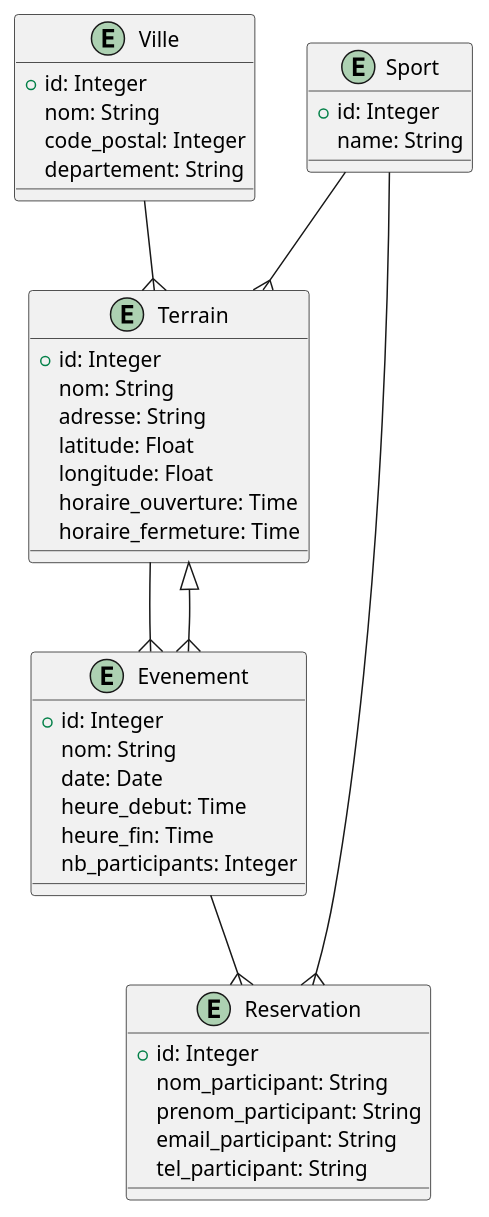
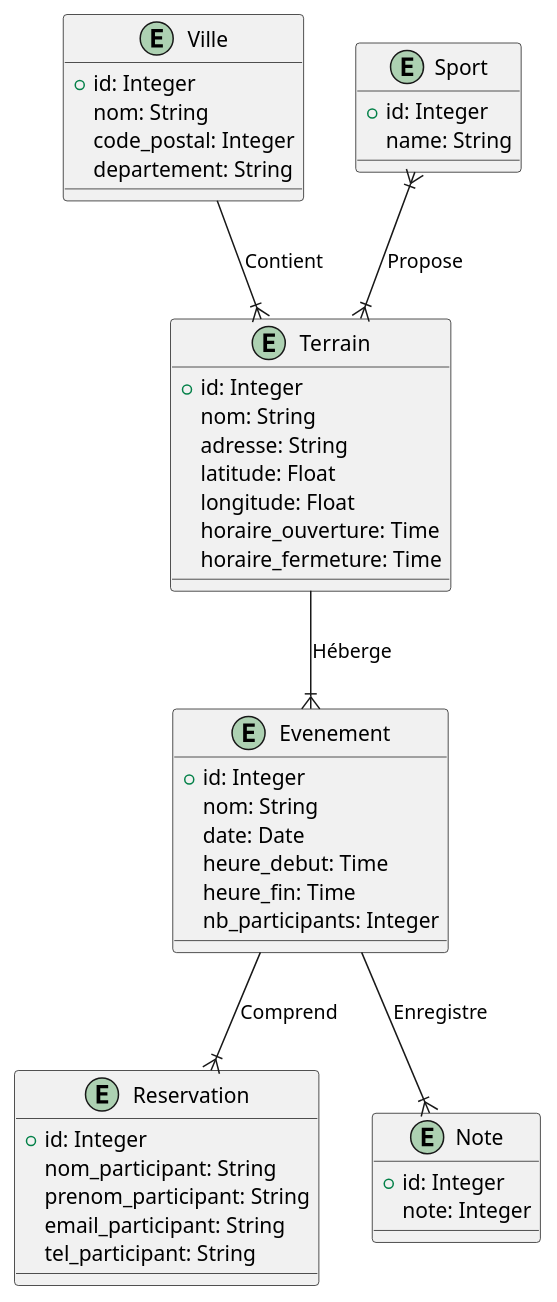
Before and after one commit to mfrj22/socsport: the diagram in src/docs/asciidoc/models/diagEA.puml, drawn with PlantUML.

Commit message:
Modifier la documentation asciidoc

```diff
--- a/src/docs/asciidoc/models/diagEA.puml
+++ b/src/docs/asciidoc/models/diagEA.puml
@@ -1,47 +1,59 @@
 @startuml
+
 entity "Ville" {
   + id: Integer
   nom: String
   code_postal: Integer
   departement: String
 }
 
 entity "Terrain" {
   + id: Integer
   nom: String
   adresse: String
   latitude: Float
   longitude: Float
   horaire_ouverture: Time
   horaire_fermeture: Time
 }
 
 entity "Evenement" {
   + id: Integer
   nom: String
   date: Date
   heure_debut: Time
   heure_fin: Time
   nb_participants: Integer
 }
 
 entity "Sport" {
   + id: Integer
   name: String
 }
 
 entity "Reservation" {
   + id: Integer
   nom_participant: String
   prenom_participant: String
   email_participant: String
   tel_participant: String
 }
 
-Ville --{ Terrain
-Terrain --{ Evenement
-Evenement }--|> Terrain
-Evenement --{ Reservation
-Sport --{ Terrain
-Sport --{ Reservation
+entity "Note" {
+  + id: Integer
+  note: Integer
+}
+
+' entity "TerrainSportAssociation" {
+'   + terrain_id: Integer
+'   + sport_id: Integer
+' }
+
+Ville --|{ Terrain : "Contient"
+Terrain --|{ Evenement : "Héberge"
+Evenement --|{ Reservation : "Comprend"
+Evenement --|{ Note : "Enregistre"
+Sport }|--|{ Terrain : "Propose"
+
+
 @enduml
```
